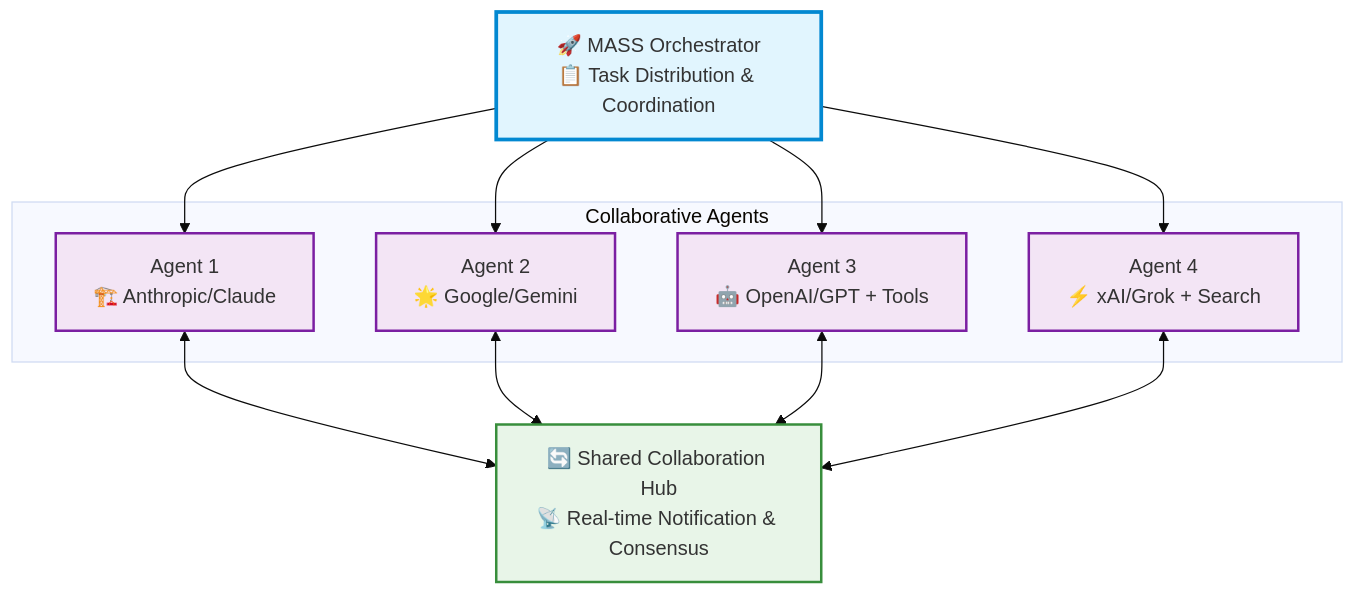
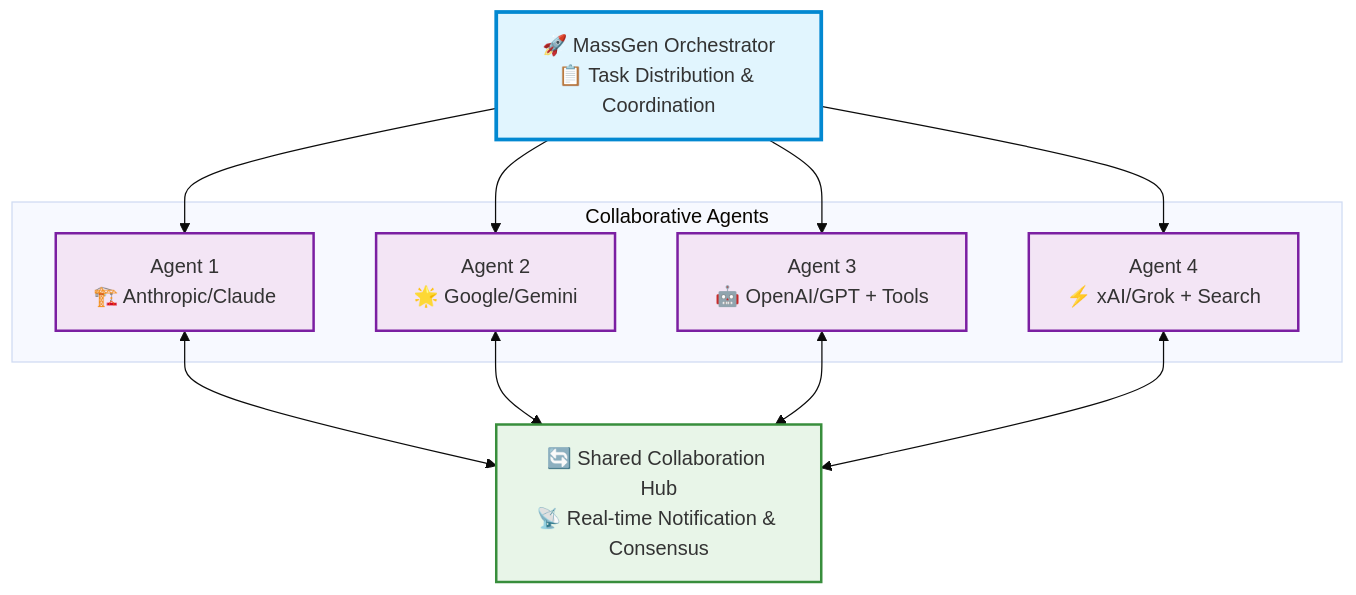
Before and after one commit to qidanrui/MassGen: the diagram in README.md, drawn with Mermaid (base theme). The commit also changed other lines of this file, not shown here.

````diff
--- a/README.md
+++ b/README.md
@@ -84,24 +84,24 @@
 ```mermaid
 graph TB
-    O[🚀 MASS Orchestrator<br/>📋 Task Distribution & Coordination]
+    O[🚀 MassGen Orchestrator<br/>📋 Task Distribution & Coordination]
 
     subgraph Collaborative Agents
         A1[Agent 1<br/>🏗️ Anthropic/Claude]
         A2[Agent 2<br/>🌟 Google/Gemini]
         A3[Agent 3<br/>🤖 OpenAI/GPT + Tools]
         A4[Agent 4<br/>⚡ xAI/Grok + Search]
     end
 
     H[🔄 Shared Collaboration Hub<br/>📡 Real-time Notification & Consensus]
 
     O --> A1 & A2 & A3 & A4
     A1 & A2 & A3 & A4 <--> H
 
     classDef orchestrator fill:#e1f5fe,stroke:#0288d1,stroke-width:3px
     classDef agent fill:#f3e5f5,stroke:#7b1fa2,stroke-width:2px
     classDef hub fill:#e8f5e8,stroke:#388e3c,stroke-width:2px
 
     class O orchestrator
     class A1,A2,A3,A4 agent
     class H hub
 ```
````
